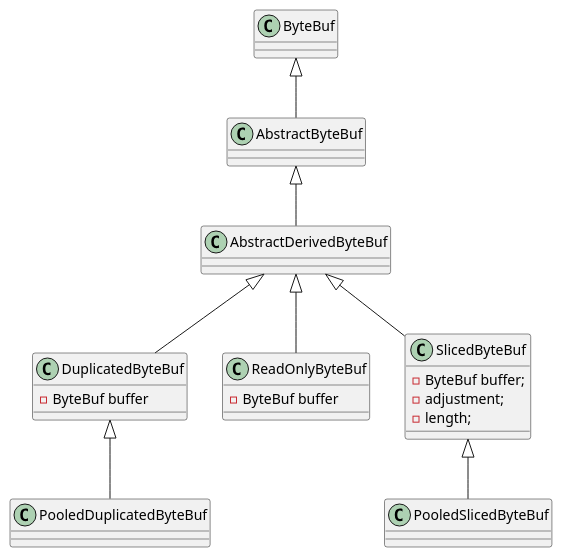
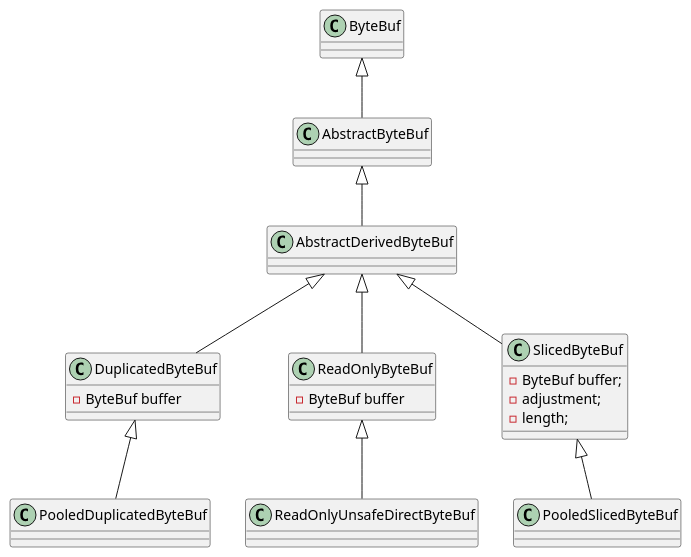
One commit to uchuhimo/leaning-netty changed the diagram in buffer/image/derived_buffer.puml. Above: the diagram before and after it, drawn with PlantUML. The commit also changed 8 other files, not shown here.

Commit message:
add more ByteBuf class

```diff
--- a/buffer/image/derived_buffer.puml
+++ b/buffer/image/derived_buffer.puml
@@ -1,26 +1,27 @@
 @startuml
 ByteBuf             <|--    AbstractByteBuf
 AbstractByteBuf     <|--    AbstractDerivedByteBuf
 
 AbstractDerivedByteBuf  <|--    DuplicatedByteBuf
 class DuplicatedByteBuf {
     - ByteBuf buffer
 }
 
 DuplicatedByteBuf       <|--    PooledDuplicatedByteBuf
 AbstractDerivedByteBuf  <|--    ReadOnlyByteBuf
+ReadOnlyByteBuf         <|--    ReadOnlyUnsafeDirectByteBuf
 class ReadOnlyByteBuf {
     - ByteBuf buffer
 }
 
 AbstractDerivedByteBuf  <|--    SlicedByteBuf
 class SlicedByteBuf {
     - ByteBuf buffer;
     - adjustment;
     - length;
 }
 
 SlicedByteBuf           <|--    PooledSlicedByteBuf
 
 
 @enduml
```
